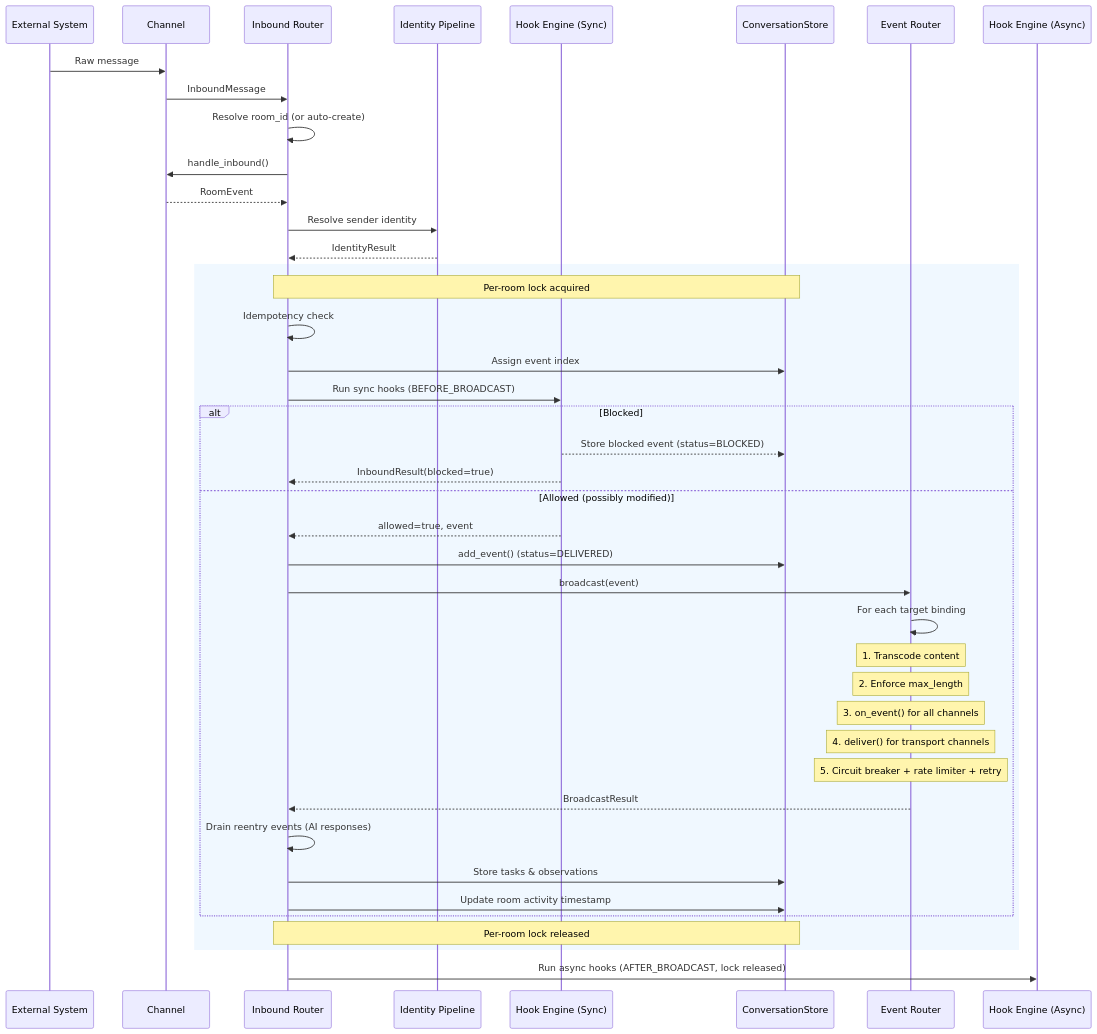
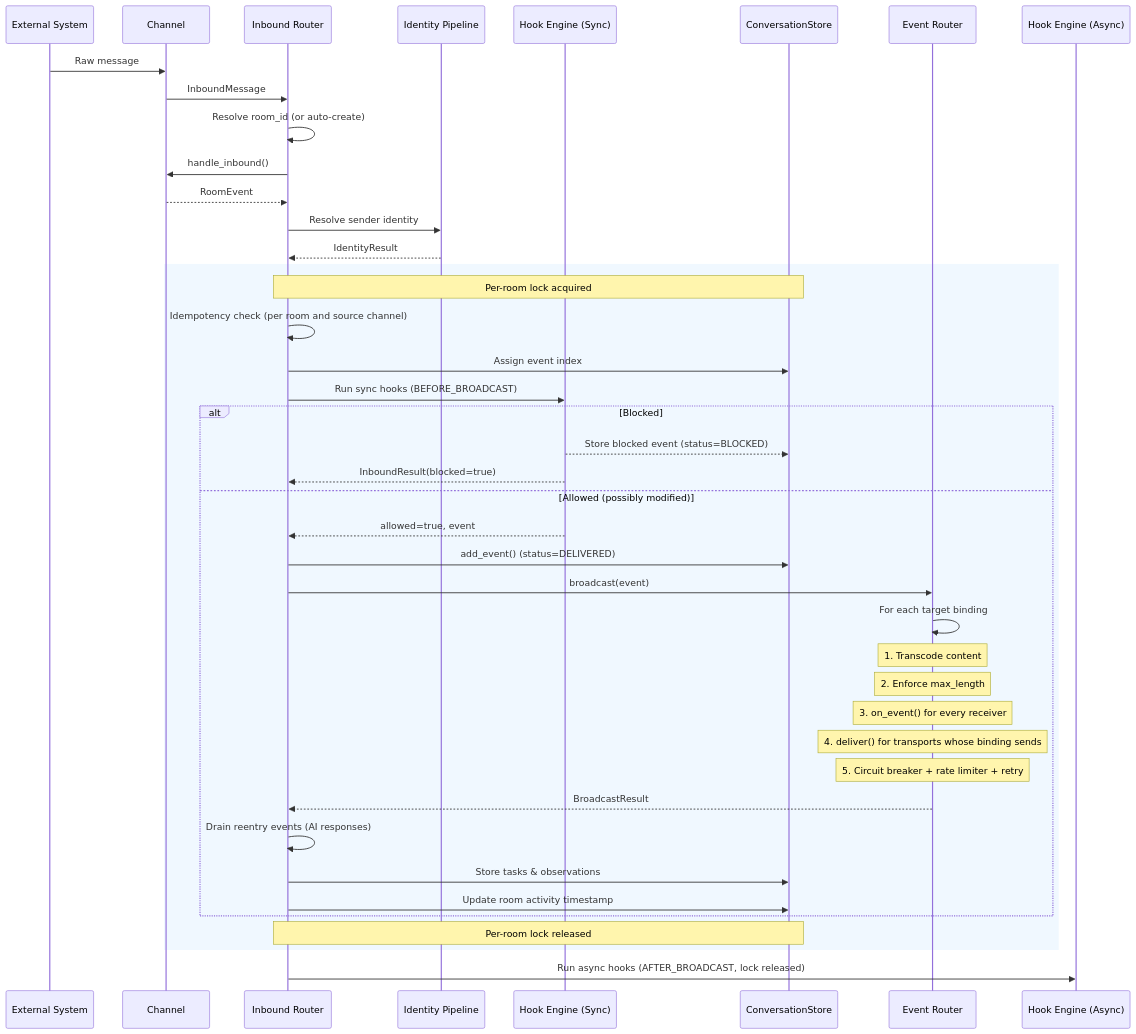
Before and after one commit to roomkit-live/roomkit-docs: the third of 7 diagrams in docs/architecture.md, drawn with Mermaid. The commit also changed other lines of this file and 17 other files, not shown here.

````diff
--- a/docs/architecture.md
+++ b/docs/architecture.md
@@ -290,52 +290,52 @@
 ```mermaid
 sequenceDiagram
     participant Ext as External System
     participant Ch as Channel
     participant IR as Inbound Router
     participant IP as Identity Pipeline
     participant HE as Hook Engine (Sync)
     participant Store as ConversationStore
     participant ER as Event Router
     participant AH as Hook Engine (Async)
 
     Ext->>Ch: Raw message
     Ch->>IR: InboundMessage
     IR->>IR: Resolve room_id (or auto-create)
     IR->>Ch: handle_inbound()
     Ch-->>IR: RoomEvent
 
     IR->>IP: Resolve sender identity
     IP-->>IR: IdentityResult
 
     rect rgb(240, 248, 255)
         Note over IR,Store: Per-room lock acquired
-        IR->>IR: Idempotency check
+        IR->>IR: Idempotency check (per room and source channel)
         IR->>Store: Assign event index
 
         IR->>HE: Run sync hooks (BEFORE_BROADCAST)
         alt Blocked
             HE-->>Store: Store blocked event (status=BLOCKED)
             HE-->>IR: InboundResult(blocked=true)
         else Allowed (possibly modified)
             HE-->>IR: allowed=true, event
 
             IR->>Store: add_event() (status=DELIVERED)
             IR->>ER: broadcast(event)
 
             ER->>ER: For each target binding
             Note over ER: 1. Transcode content
             Note over ER: 2. Enforce max_length
-            Note over ER: 3. on_event() for all channels
-            Note over ER: 4. deliver() for transport channels
+            Note over ER: 3. on_event() for every receiver
+            Note over ER: 4. deliver() for transports whose binding sends
             Note over ER: 5. Circuit breaker + rate limiter + retry
 
             ER-->>IR: BroadcastResult
 
             IR->>IR: Drain reentry events (AI responses)
             IR->>Store: Store tasks & observations
             IR->>Store: Update room activity timestamp
         end
         Note over IR,Store: Per-room lock released
     end
     IR->>AH: Run async hooks (AFTER_BROADCAST, lock released)
 ```
````
